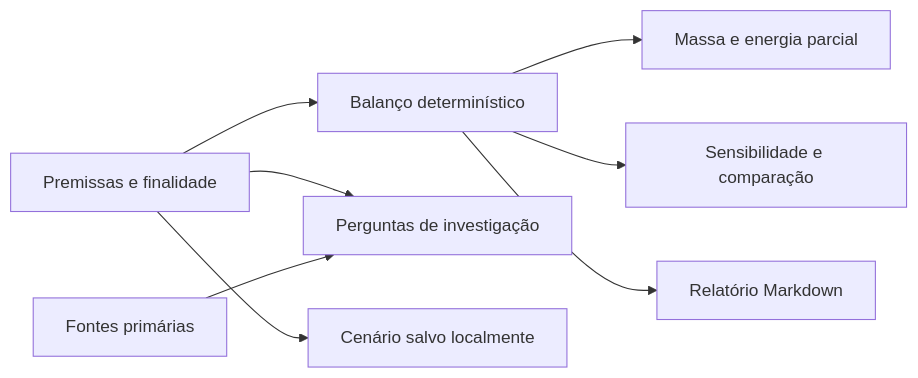
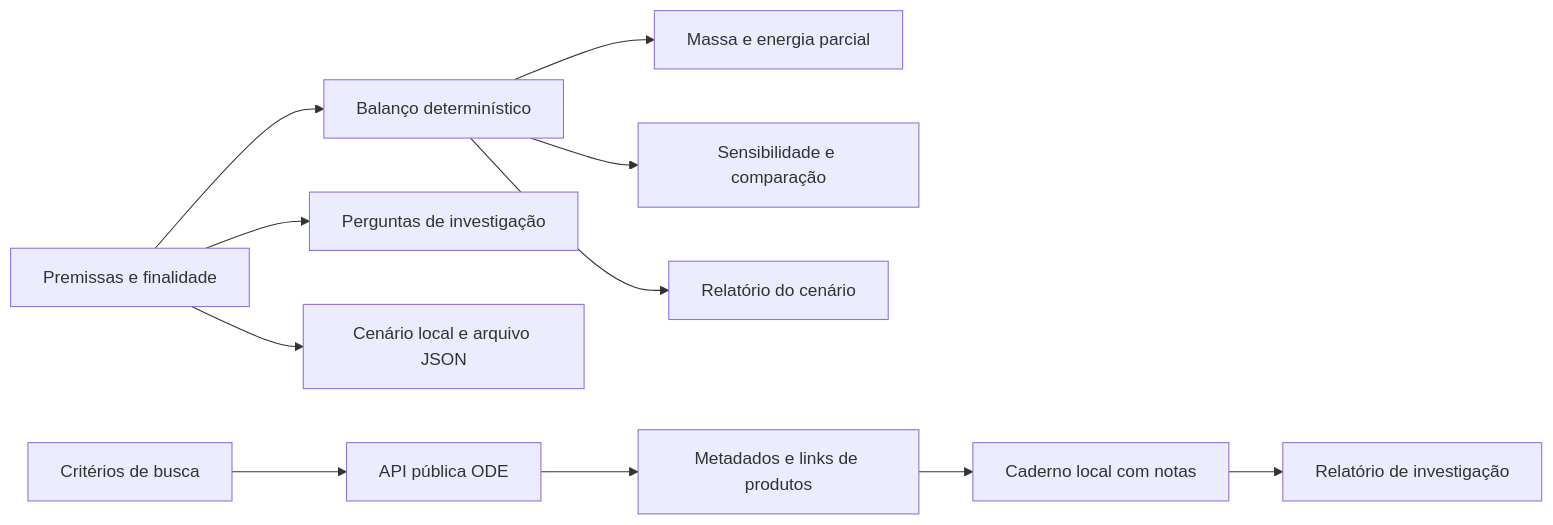
Before and after one commit to SouBeatrizKaroline/SpaceMiningChallenge_AquaLunar: the diagram in docs/arquitetura.md, drawn with Mermaid. The commit also changed other lines of this file and 8 other files, not shown here.

````diff
--- a/docs/arquitetura.md
+++ b/docs/arquitetura.md
@@ -5,10 +5,13 @@
 ```mermaid
 flowchart LR
   A[Premissas e finalidade] --> B[Balanço determinístico]
   B --> C[Massa e energia parcial]
   B --> D[Sensibilidade e comparação]
   A --> E[Perguntas de investigação]
-  F[Fontes primárias] --> E
-  A --> G[Cenário salvo localmente]
-  B --> H[Relatório Markdown]
+  A --> F[Cenário local e arquivo JSON]
+  B --> G[Relatório do cenário]
+  H[Critérios de busca] --> I[API pública ODE]
+  I --> J[Metadados e links de produtos]
+  J --> K[Caderno local com notas]
+  K --> L[Relatório de investigação]
 ```
````
